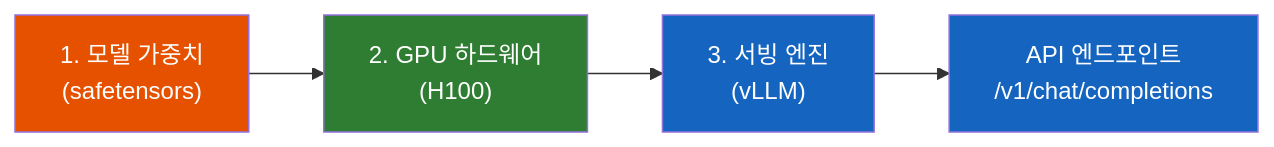
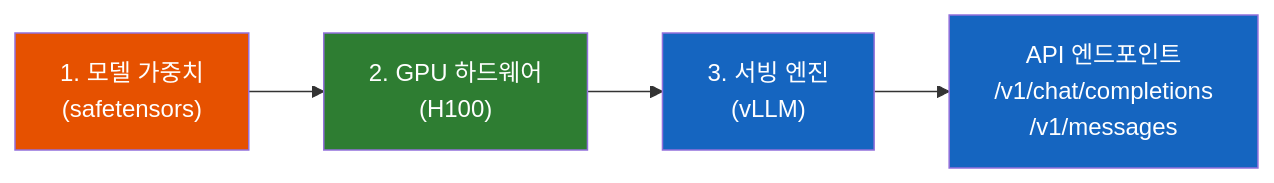
The eighth of 8 diagrams in ai/vLLM-GPU-위의-LLM은-누가-서빙하는가.md (sskim91/TIL), drawn with Mermaid before and after one commit. The commit also changed other lines of this file, not shown here.

````diff
--- a/ai/vLLM-GPU-위의-LLM은-누가-서빙하는가.md
+++ b/ai/vLLM-GPU-위의-LLM은-누가-서빙하는가.md
@@ -346,11 +473,11 @@
 ```mermaid
 flowchart LR
     A["1. 모델 가중치<br>(safetensors)"] --> B["2. GPU 하드웨어<br>(H100)"]
     B --> C["3. 서빙 엔진<br>(vLLM)"]
-    C --> D["API 엔드포인트<br>/v1/chat/completions"]
+    C --> D["API 엔드포인트<br>/v1/chat/completions<br>/v1/messages"]
 
     style A fill:#E65100,color:#fff
     style B fill:#2E7D32,color:#fff
     style C fill:#1565C0,color:#fff
     style D fill:#1565C0,color:#fff
 ```
````
